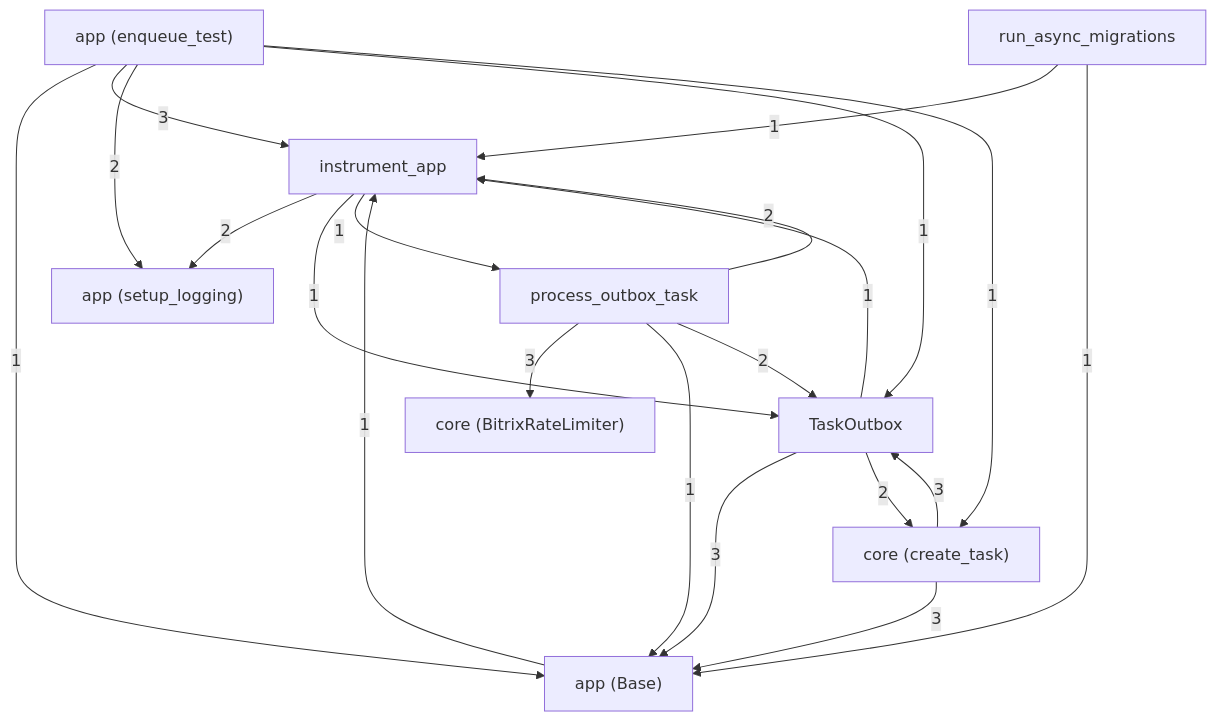
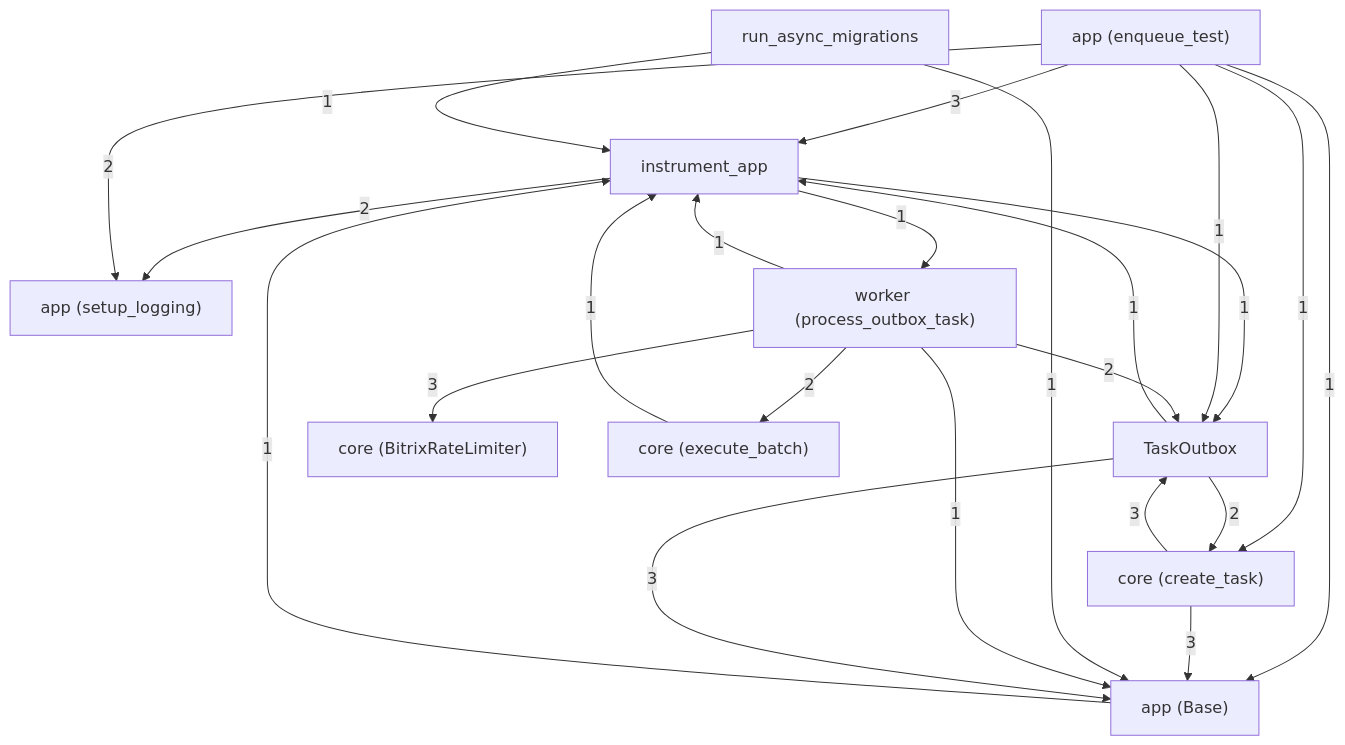
The diagram in .codegraph/AGENT_PROMPT.md (managervsop-blip/fastapi_project), drawn with Mermaid before and after one commit. The commit also changed other lines of this file and 58 other files, not shown here.

````diff
--- a/.codegraph/AGENT_PROMPT.md
+++ b/.codegraph/AGENT_PROMPT.md
@@ -34,23 +36,25 @@
 ```mermaid
 flowchart TD
-  comp_1["instrument_app"] -->|2| comp_12["app (setup_logging)"]
+  comp_1["instrument_app"] -->|2| comp_15["app (setup_logging)"]
   comp_1["instrument_app"] -->|1| comp_8["TaskOutbox"]
-  comp_1["instrument_app"] -->|1| comp_5["process_outbox_task"]
-  comp_2["core (create_task)"] -->|3| comp_6["app (Base)"]
-  comp_2["core (create_task)"] -->|3| comp_8["TaskOutbox"]
-  comp_3["app (enqueue_test)"] -->|1| comp_6["app (Base)"]
-  comp_3["app (enqueue_test)"] -->|3| comp_1["instrument_app"]
-  comp_3["app (enqueue_test)"] -->|2| comp_12["app (setup_logging)"]
-  comp_3["app (enqueue_test)"] -->|1| comp_8["TaskOutbox"]
-  comp_3["app (enqueue_test)"] -->|1| comp_2["core (create_task)"]
+  comp_1["instrument_app"] -->|1| comp_7["worker (process_outbox_task)"]
+  comp_2["app (enqueue_test)"] -->|1| comp_5["app (Base)"]
+  comp_2["app (enqueue_test)"] -->|1| comp_8["TaskOutbox"]
+  comp_2["app (enqueue_test)"] -->|3| comp_1["instrument_app"]
+  comp_2["app (enqueue_test)"] -->|2| comp_15["app (setup_logging)"]
+  comp_2["app (enqueue_test)"] -->|1| comp_3["core (create_task)"]
+  comp_3["core (create_task)"] -->|3| comp_5["app (Base)"]
+  comp_3["core (create_task)"] -->|3| comp_8["TaskOutbox"]
   comp_4["run_async_migrations"] -->|1| comp_1["instrument_app"]
-  comp_4["run_async_migrations"] -->|1| comp_6["app (Base)"]
-  comp_5["process_outbox_task"] -->|2| comp_1["instrument_app"]
-  comp_5["process_outbox_task"] -->|3| comp_7["core (BitrixRateLimiter)"]
-  comp_5["process_outbox_task"] -->|1| comp_6["app (Base)"]
-  comp_5["process_outbox_task"] -->|2| comp_8["TaskOutbox"]
-  comp_6["app (Base)"] -->|1| comp_1["instrument_app"]
-  comp_8["TaskOutbox"] -->|3| comp_6["app (Base)"]
+  comp_4["run_async_migrations"] -->|1| comp_5["app (Base)"]
+  comp_5["app (Base)"] -->|1| comp_1["instrument_app"]
+  comp_7["worker (process_outbox_task)"] -->|3| comp_6["core (BitrixRateLimiter)"]
+  comp_7["worker (process_outbox_task)"] -->|2| comp_16["core (execute_batch)"]
+  comp_7["worker (process_outbox_task)"] -->|1| comp_5["app (Base)"]
+  comp_7["worker (process_outbox_task)"] -->|2| comp_8["TaskOutbox"]
+  comp_7["worker (process_outbox_task)"] -->|1| comp_1["instrument_app"]
   comp_8["TaskOutbox"] -->|1| comp_1["instrument_app"]
-  comp_8["TaskOutbox"] -->|2| comp_2["core (create_task)"]
+  comp_8["TaskOutbox"] -->|3| comp_5["app (Base)"]
+  comp_8["TaskOutbox"] -->|2| comp_3["core (create_task)"]
+  comp_16["core (execute_batch)"] -->|1| comp_1["instrument_app"]
 ```
````
